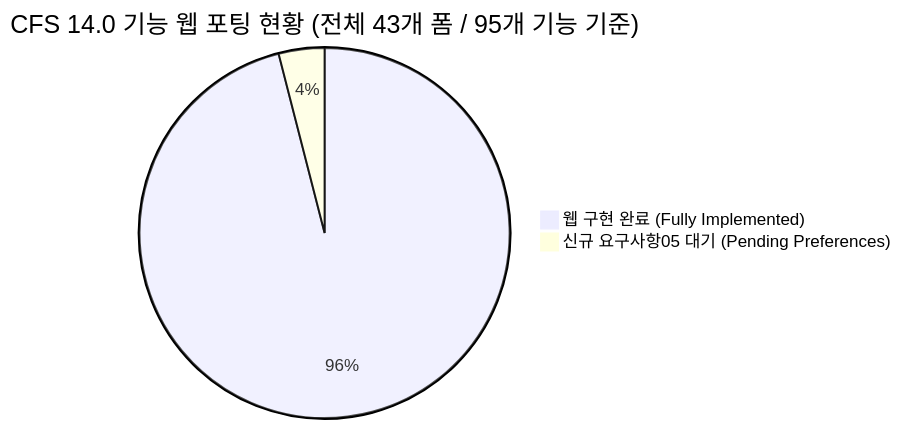
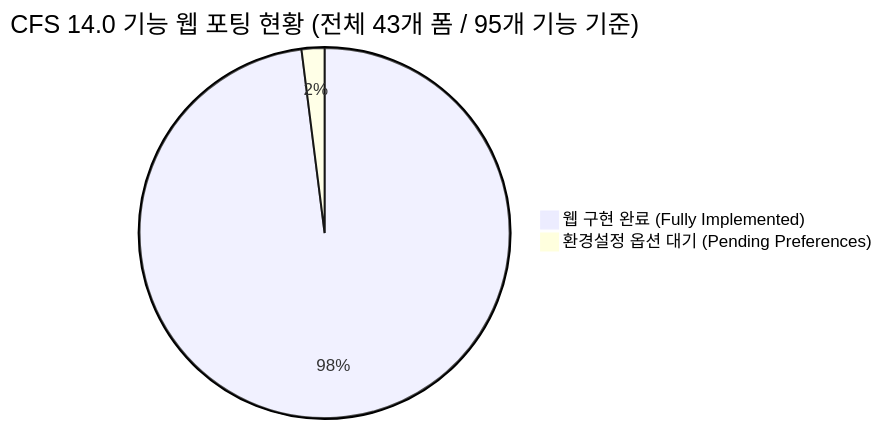
Before and after one commit to zlkiki/CFDesigner: the diagram in docs/10_cfs_legacy_ui_vs_web_gap_analysis.md, drawn with Mermaid. The commit also changed other lines of this file and 19 other files, not shown here.

````diff
--- a/docs/10_cfs_legacy_ui_vs_web_gap_analysis.md
+++ b/docs/10_cfs_legacy_ui_vs_web_gap_analysis.md
@@ -18,5 +18,5 @@
 ```mermaid
 pie title CFS 14.0 기능 웹 포팅 현황 (전체 43개 폼 / 95개 기능 기준)
-    "웹 구현 완료 (Fully Implemented)" : 96
-    "신규 요구사항05 대기 (Pending Preferences)" : 4
+    "웹 구현 완료 (Fully Implemented)" : 98
+    "환경설정 옵션 대기 (Pending Preferences)" : 2
 ```
````
